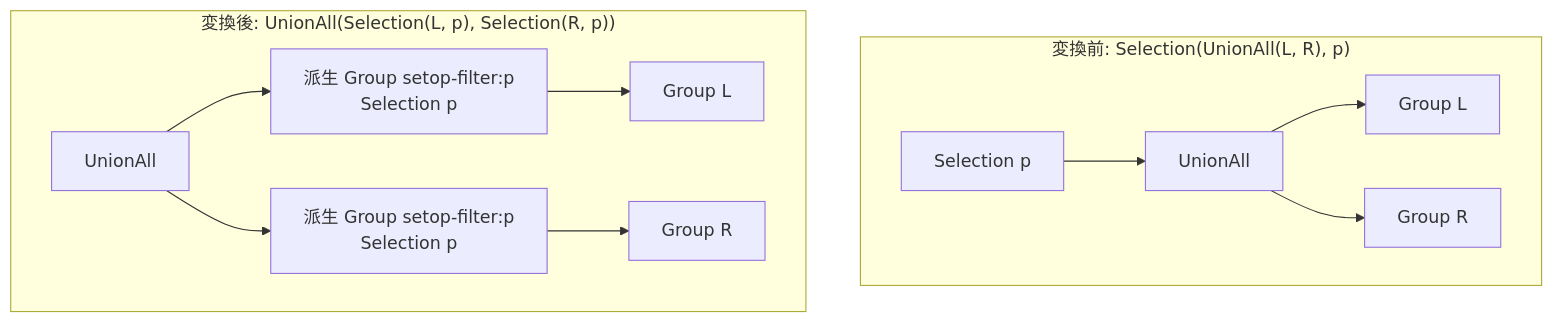
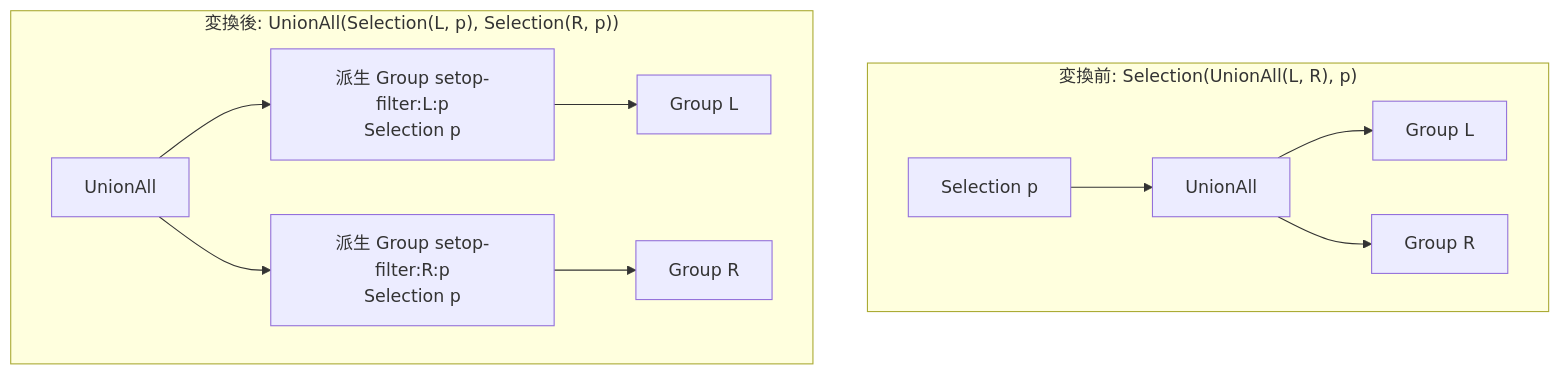
One commit to kumagi/tinylamb changed the diagram in docs/opt/part2-rules/logical/push_filter_past_setop.md. Above: the diagram before and after it, drawn with Mermaid. The commit also changed other lines of this file and 677 other files, not shown here.

````diff
--- a/docs/opt/part2-rules/logical/push_filter_past_setop.md
+++ b/docs/opt/part2-rules/logical/push_filter_past_setop.md
@@ -17,11 +17,11 @@
 ```mermaid
 graph TD
   subgraph before["変換前: Selection(UnionAll(L, R), p)"]
     S1["Selection p"] --> U1["UnionAll"] --> L1["Group L"]
     U1 --> R1["Group R"]
   end
   subgraph after["変換後: UnionAll(Selection(L, p), Selection(R, p))"]
-    U2["UnionAll"] --> SL["派生 Group setop-filter:p<br>Selection p"] --> L2["Group L"]
-    U2 --> SR["派生 Group setop-filter:p<br>Selection p"] --> R2["Group R"]
+    U2["UnionAll"] --> SL["派生 Group setop-filter:L:p<br>Selection p"] --> L2["Group L"]
+    U2 --> SR["派生 Group setop-filter:R:p<br>Selection p"] --> R2["Group R"]
   end
 ```
````
